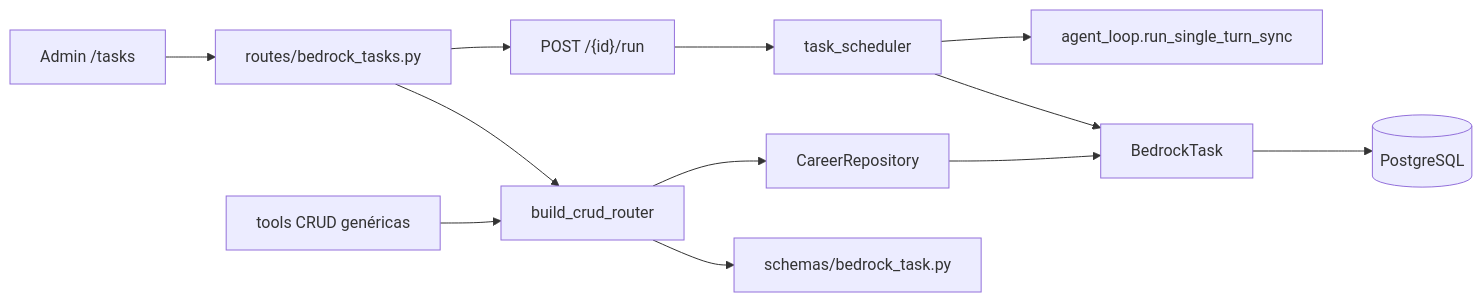
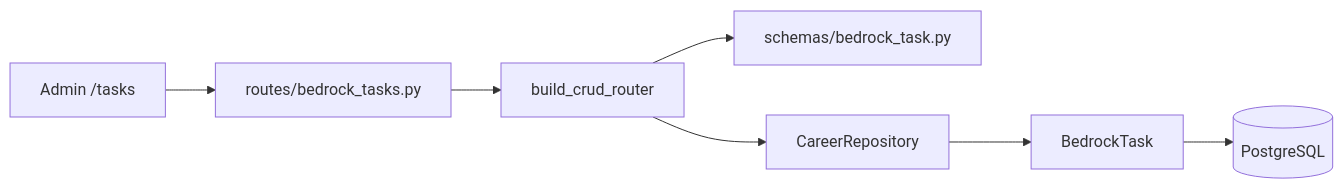
Before and after one commit to cjhirashi/cjhirashi-career: the diagram in cjhirashi-career-api/docs/sections/bedrock-tasks/README.md, drawn with Mermaid. The commit also changed other lines of this file and 82 other files, not shown here.

````diff
--- a/cjhirashi-career-api/docs/sections/bedrock-tasks/README.md
+++ b/cjhirashi-career-api/docs/sections/bedrock-tasks/README.md
@@ -11,14 +11,9 @@
 ```mermaid
 flowchart LR
     Admin[Admin /tasks] --> Route[routes/bedrock_tasks.py]
     Route --> Factory[build_crud_router]
-    Route --> Run["POST /{id}/run"]
     Factory --> Schema[schemas/bedrock_task.py]
     Factory --> Repo[CareerRepository]
     Repo --> Model[BedrockTask]
     Model --> PG[(PostgreSQL)]
-    Sched[task_scheduler] --> Model
-    Sched --> Loop[agent_loop.run_single_turn_sync]
-    Run --> Sched
-    Agent[tools CRUD genéricas] --> Factory
 ```
````
